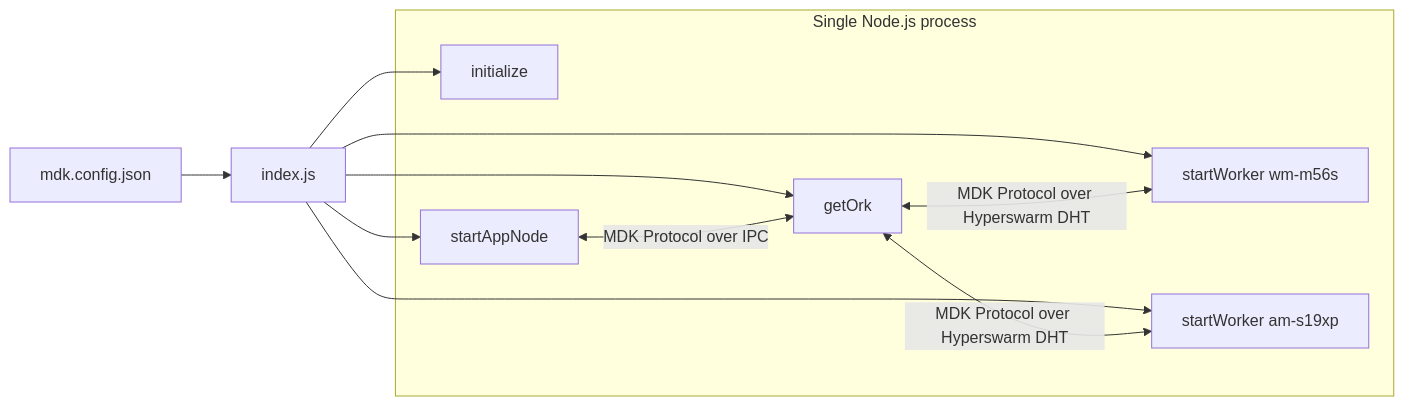
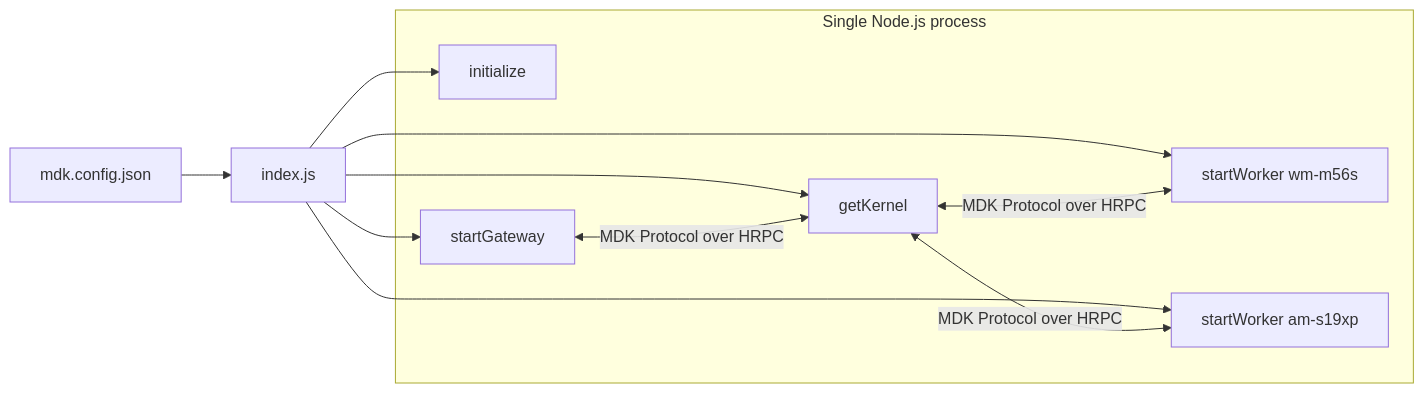
Before and after one commit to tetherto/mdk: the diagram in examples/backend/site-single-process/README.md, drawn with Mermaid. The commit also changed other lines of this file and 4406 other files, not shown here.

````diff
--- a/examples/backend/site-single-process/README.md
+++ b/examples/backend/site-single-process/README.md
@@ -89,21 +89,21 @@
 ```mermaid
 flowchart LR
   Config[mdk.config.json] --> Index[index.js]
   Index --> Init[initialize]
-  Index --> Ork[getOrk]
-  Index --> AppNode[startAppNode]
+  Index --> Kernel[getKernel]
+  Index --> Gateway[startGateway]
   Index --> Worker1[startWorker wm-m56s]
   Index --> Worker2[startWorker am-s19xp]
 
   subgraph proc [Single Node.js process]
     Init
-    Ork
-    AppNode
+    Kernel
+    Gateway
     Worker1
     Worker2
   end
 
-  AppNode <-->|MDK Protocol over IPC| Ork
-  Ork <-->|MDK Protocol over Hyperswarm DHT| Worker1
-  Ork <-->|MDK Protocol over Hyperswarm DHT| Worker2
+  Gateway <-->|MDK Protocol over HRPC| Kernel
+  Kernel <-->|MDK Protocol over HRPC| Worker1
+  Kernel <-->|MDK Protocol over HRPC| Worker2
 ```
````
